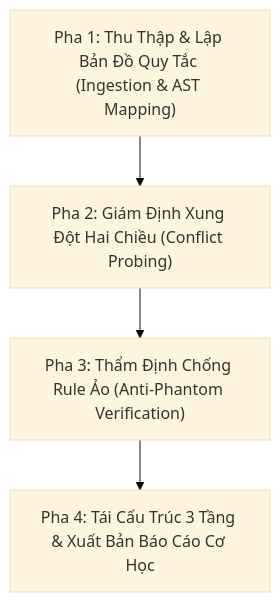
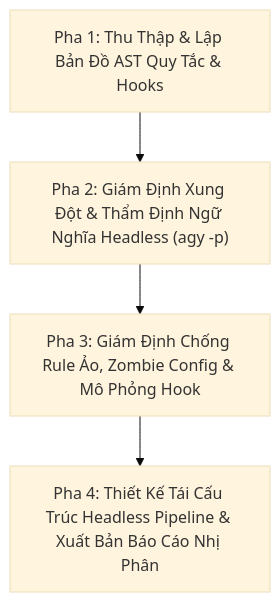
The diagram in .agents/skills/rule-governance-analyzer/SKILL.md (vuthuonghai-steve/Steves-Test-agent-agy), drawn with Mermaid (base theme) before and after one commit. The commit also changed other lines of this file and 24 other files, not shown here.

````diff
--- a/.agents/skills/rule-governance-analyzer/SKILL.md
+++ b/.agents/skills/rule-governance-analyzer/SKILL.md
@@ -83,6 +91,6 @@
 ```mermaid
 flowchart TD
-    Pha1["Pha 1: Thu Thập & Lập Bản Đồ Quy Tắc (Ingestion & AST Mapping)"] --> Pha2["Pha 2: Giám Định Xung Đột Hai Chiều (Conflict Probing)"]
-    Pha2 --> Pha3["Pha 3: Thẩm Định Chống Rule Ảo (Anti-Phantom Verification)"]
-    Pha3 --> Pha4["Pha 4: Tái Cấu Trúc 3 Tầng & Xuất Bản Báo Cáo Cơ Học"]
+    Pha1["Pha 1: Thu Thập & Lập Bản Đồ AST Quy Tắc & Hooks"] --> Pha2["Pha 2: Giám Định Xung Đột & Thẩm Định Ngữ Nghĩa Headless (agy -p)"]
+    Pha2 --> Pha3["Pha 3: Giám Định Chống Rule Ảo, Zombie Config & Mô Phỏng Hook"]
+    Pha3 --> Pha4["Pha 4: Thiết Kế Tái Cấu Trúc Headless Pipeline & Xuất Bản Báo Cáo Nhị Phân"]
 ```
````
